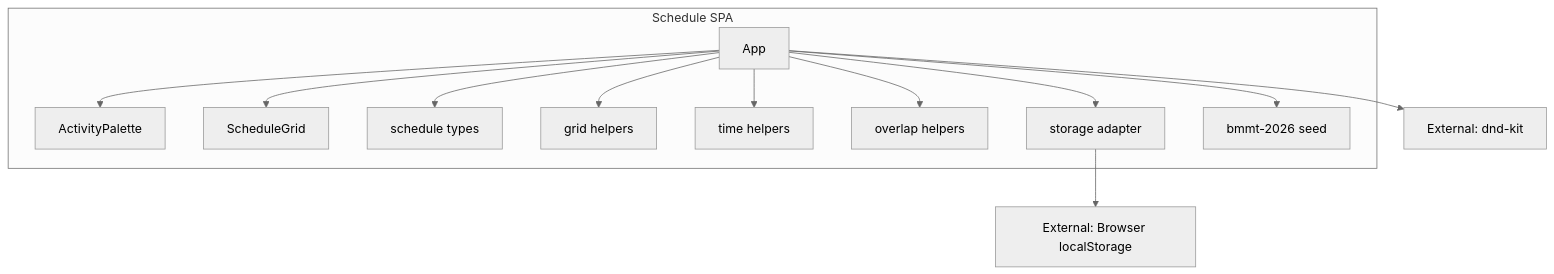
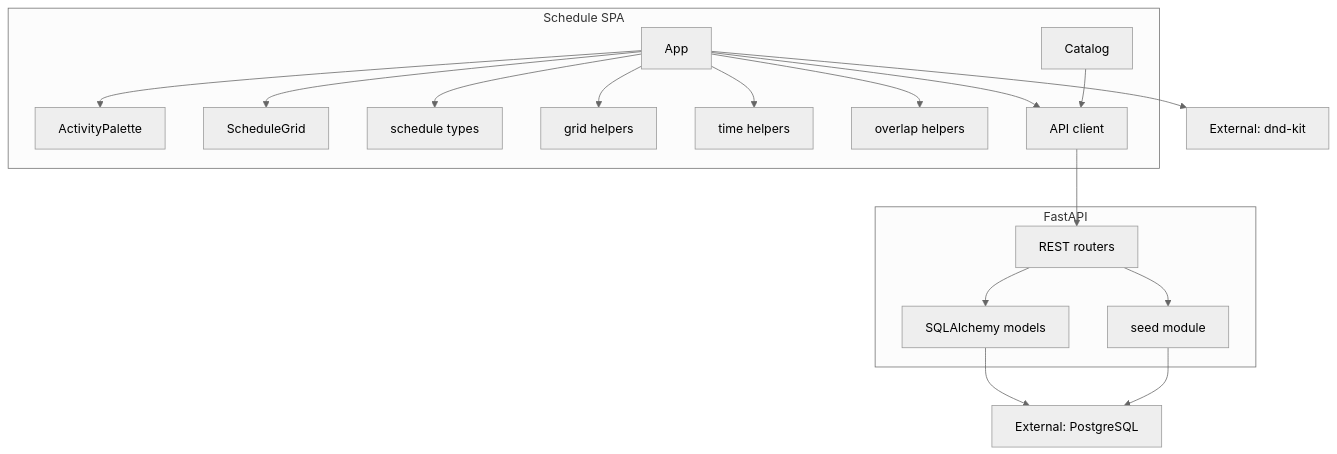
One commit to tri2k/room-allocations-demo changed the diagram in docs/c4/component.md. Above: the diagram before and after it, drawn with Mermaid. The commit also changed other lines of this file and 50 other files, not shown here.

````diff
--- a/docs/c4/component.md
+++ b/docs/c4/component.md
@@ -5,27 +5,36 @@
 ```mermaid
 %%{init: {"theme": "neutral"}}%%
 flowchart TB
   subgraph spa [Schedule SPA]
     app["App"]
+    catalog["Catalog"]
     palette["ActivityPalette"]
     grid["ScheduleGrid"]
     types["schedule types"]
     libGrid["grid helpers"]
     libTime["time helpers"]
     libOverlap["overlap helpers"]
-    libStorage["storage adapter"]
-    seed["bmmt-2026 seed"]
+    libApi["API client"]
+  end
+  subgraph api [FastAPI]
+    routers["REST routers"]
+    models["SQLAlchemy models"]
+    seedMod["seed module"]
   end
   dndKit["External: dnd-kit"]
-  browserStorage["External: Browser localStorage"]
+  postgres["External: PostgreSQL"]
   app --> palette
   app --> grid
   app --> libGrid
   app --> libTime
   app --> libOverlap
-  app --> libStorage
-  app --> seed
+  app --> libApi
   app --> types
   app --> dndKit
-  libStorage --> browserStorage
+  catalog --> libApi
+  libApi --> routers
+  routers --> models
+  routers --> seedMod
+  models --> postgres
+  seedMod --> postgres
 ```
````
